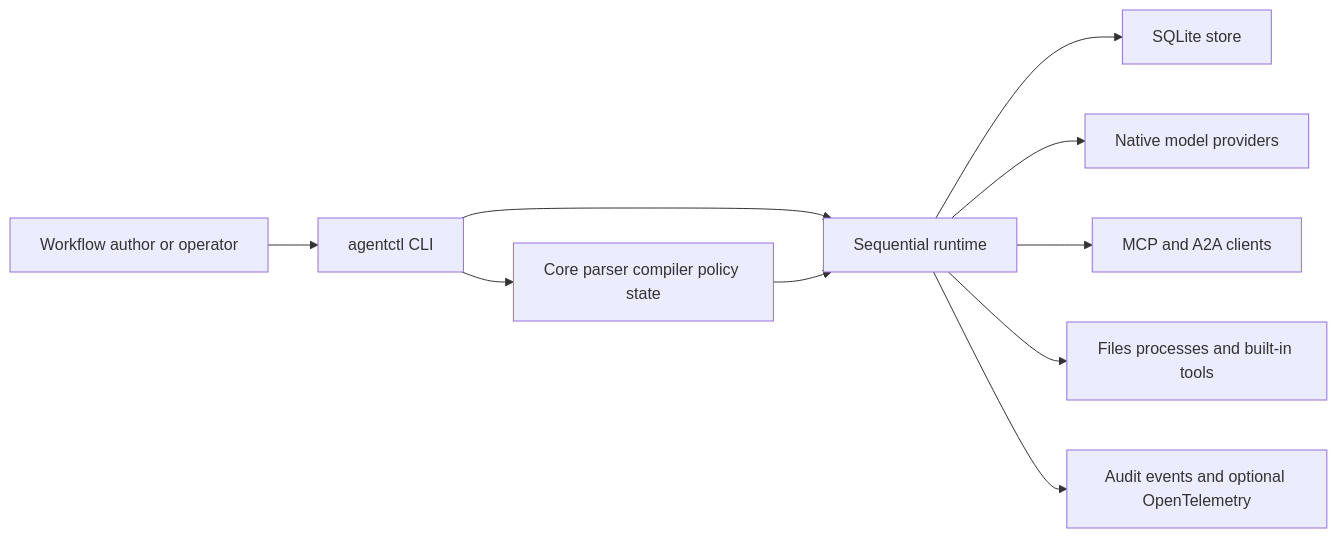
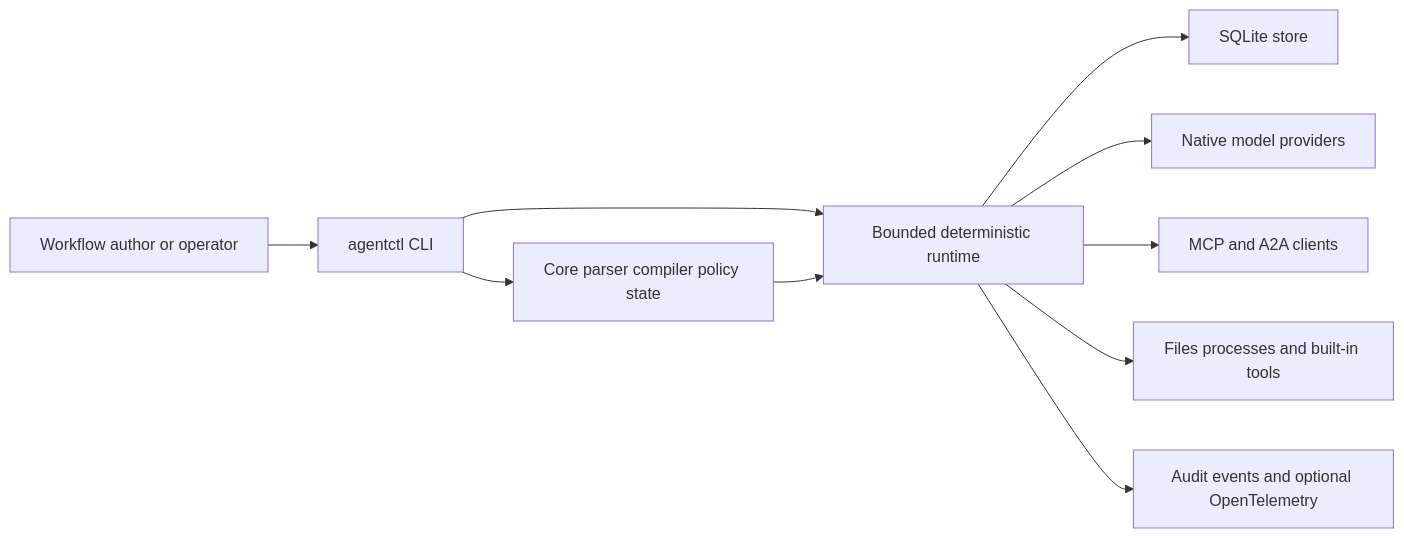
Before and after one commit to opensourceops/agentctl: the first of 15 diagrams in docs/architecture/DIAGRAMS.md, drawn with Mermaid. The commit also changed other lines of this file and 34 other files, not shown here.

````diff
--- a/docs/architecture/DIAGRAMS.md
+++ b/docs/architecture/DIAGRAMS.md
@@ -9,14 +9,14 @@
 ```mermaid
 flowchart LR
   accTitle: High-level agentctl system architecture
   accDescr: A workflow author uses the CLI, which joins deterministic core contracts to runtime providers, protocols, executors, tracing, and SQLite.
   User[Workflow author or operator] --> CLI[agentctl CLI]
   CLI --> Core[Core parser compiler policy state]
-  CLI --> Runtime[Sequential runtime]
+  CLI --> Runtime[Bounded deterministic runtime]
   Runtime --> Store[SQLite store]
   Runtime --> Providers[Native model providers]
   Runtime --> Protocols[MCP and A2A clients]
   Runtime --> Executors[Files processes and built-in tools]
   Runtime --> Traces[Audit events and optional OpenTelemetry]
   Core --> Runtime
 ```
````
